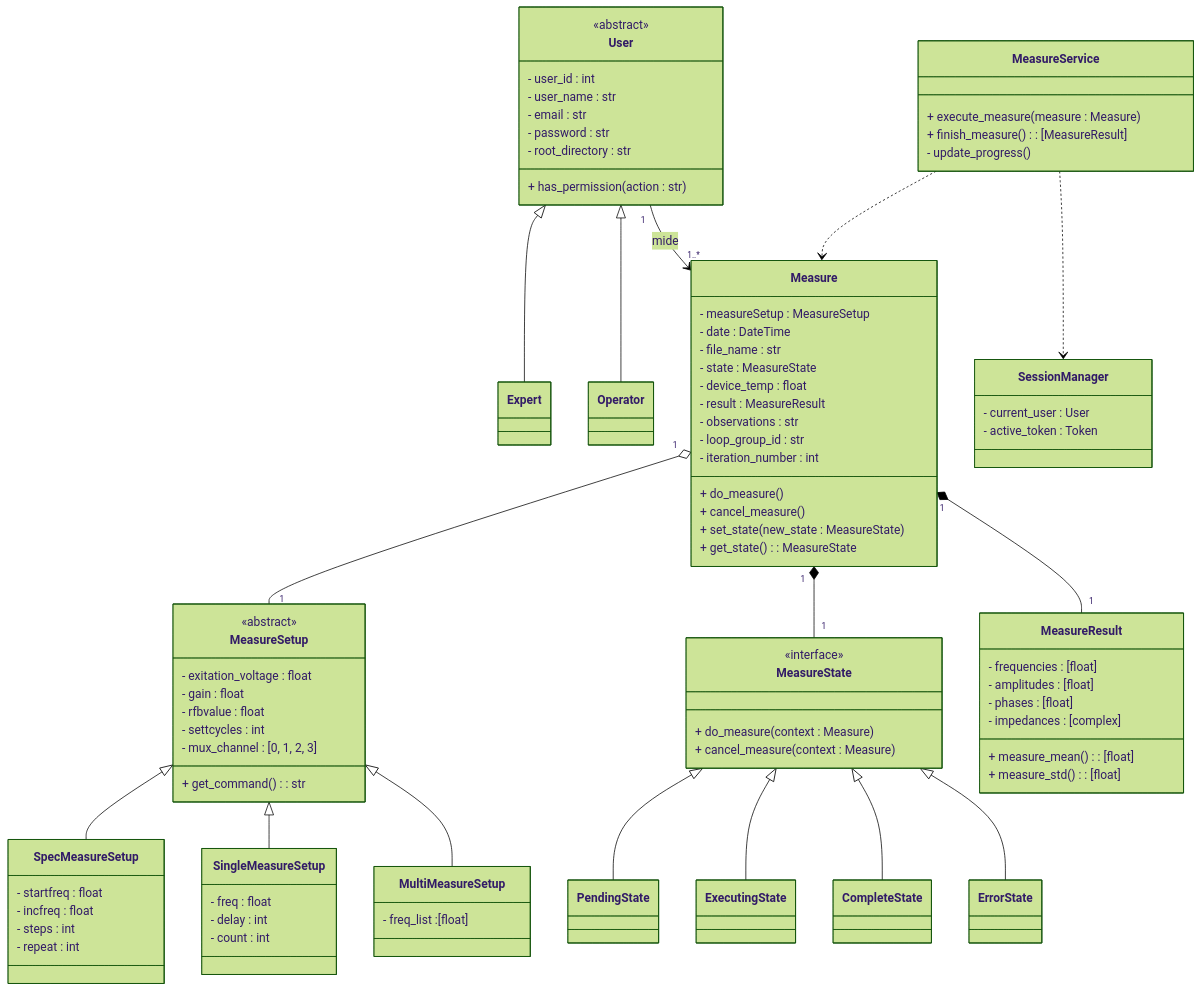
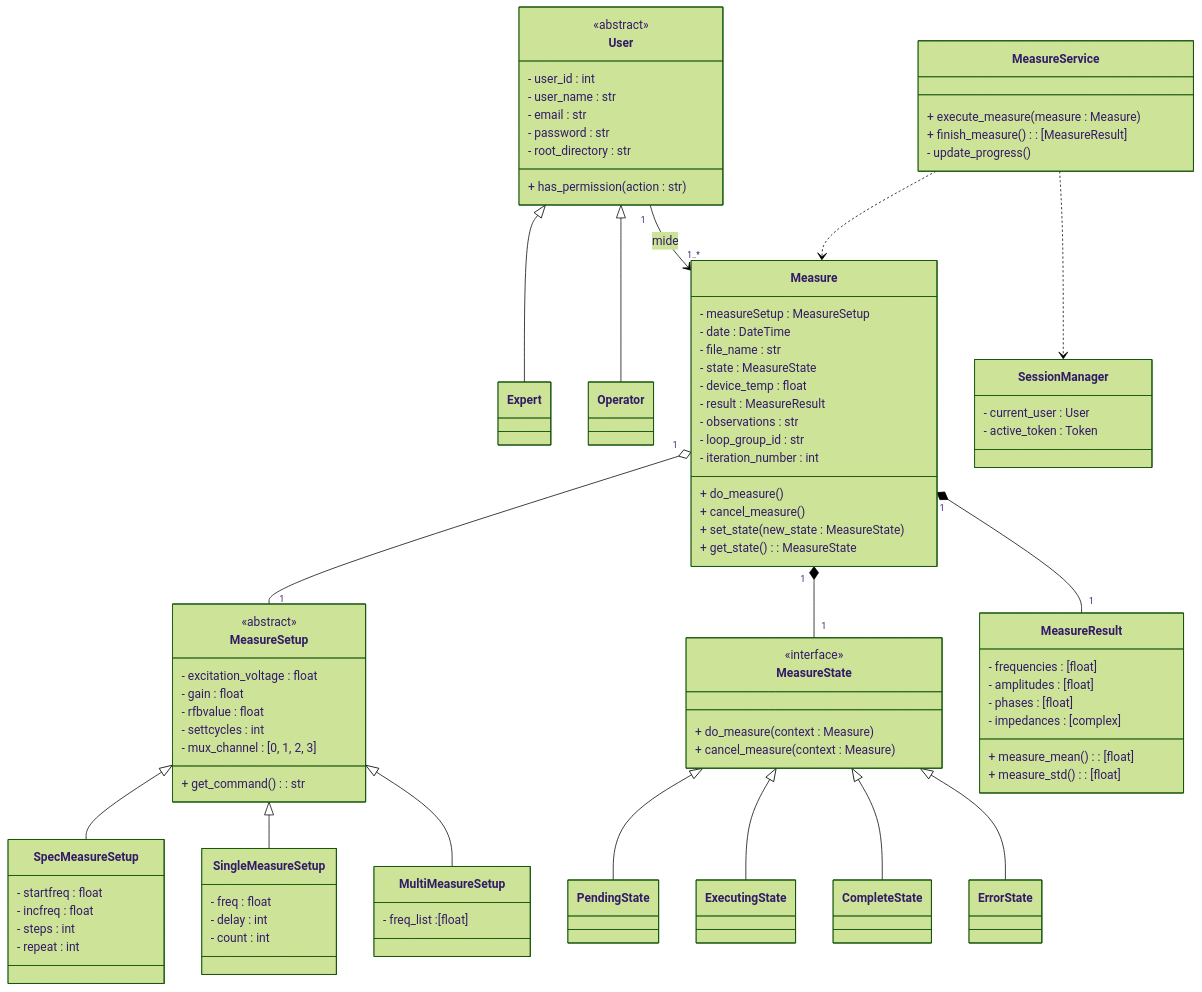
Diagram 15 of 22 in Gmini-MarkDown/Guanaco Mini.md (alegrelias/Repo-GMini), drawn with Mermaid (forest theme) before and after one commit. The commit also changed other lines of this file, not shown here.

```diff
--- a/Gmini-MarkDown/Guanaco Mini.md
+++ b/Gmini-MarkDown/Guanaco Mini.md
@@ -1548,7 +1562,7 @@
 
 class MeasureSetup {
 		<<abstract>>
-		- exitation_voltage : float
+		- excitation_voltage : float
 		- gain : float
 		- rfbvalue : float
 		- settcycles : int
```
